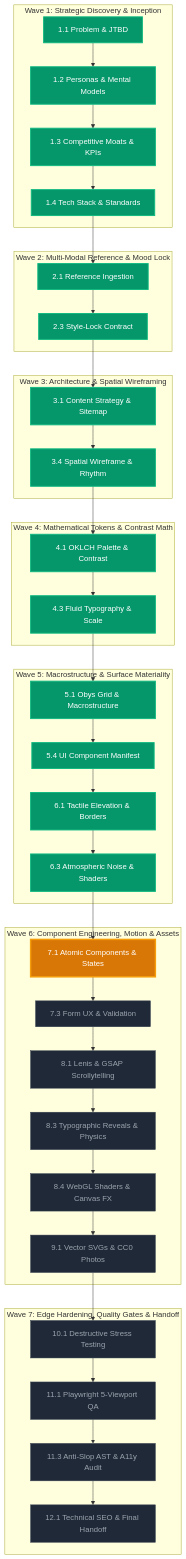
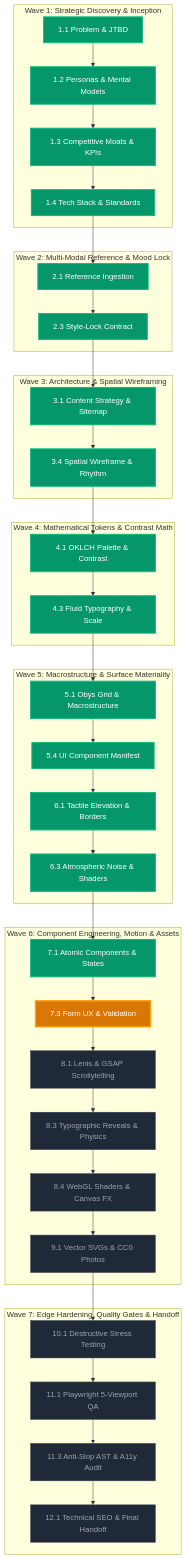
The diagram in docs/DESIGN_MAP.mermaid (atinek-182/Vidya-Dham-Academy), drawn with Mermaid before and after one commit. The commit also changed 10 other files, not shown here.

Commit message:
[PASS] Phase 7.1: Implement atomic components, Emil Kowalski micro-interactions, and spec

````diff
--- a/docs/DESIGN_MAP.mermaid
+++ b/docs/DESIGN_MAP.mermaid
@@ -1,51 +1,51 @@
 ```mermaid
 graph TD
   subgraph WAVE_1 ["Wave 1: Strategic Discovery & Inception"]
     P1_1["1.1 Problem & JTBD"]:::completed --> P1_2["1.2 Personas & Mental Models"]:::completed
     P1_2 --> P1_3["1.3 Competitive Moats & KPIs"]:::completed
     P1_3 --> P1_4["1.4 Tech Stack & Standards"]:::completed
   end
 
   subgraph WAVE_2 ["Wave 2: Multi-Modal Reference & Mood Lock"]
     P2_1["2.1 Reference Ingestion"]:::completed --> P2_3["2.3 Style-Lock Contract"]:::completed
   end
 
   subgraph WAVE_3 ["Wave 3: Architecture & Spatial Wireframing"]
     P3_1["3.1 Content Strategy & Sitemap"]:::completed --> P3_4["3.4 Spatial Wireframe & Rhythm"]:::completed
   end
 
   subgraph WAVE_4 ["Wave 4: Mathematical Tokens & Contrast Math"]
     P4_1["4.1 OKLCH Palette & Contrast"]:::completed --> P4_3["4.3 Fluid Typography & Scale"]:::completed
   end
 
   subgraph WAVE_5 ["Wave 5: Macrostructure & Surface Materiality"]
     P5_1["5.1 Obys Grid & Macrostructure"]:::completed --> P5_4["5.4 UI Component Manifest"]:::completed
     P5_4 --> P6_1["6.1 Tactile Elevation & Borders"]:::completed
     P6_1 --> P6_3["6.3 Atmospheric Noise & Shaders"]:::completed
   end
 
   subgraph WAVE_6 ["Wave 6: Component Engineering, Motion & Assets"]
-    P7_1["7.1 Atomic Components & States"]:::active --> P7_3["7.3 Form UX & Validation"]:::pending
+    P7_1["7.1 Atomic Components & States"]:::completed --> P7_3["7.3 Form UX & Validation"]:::active
     P7_3 --> P8_1["8.1 Lenis & GSAP Scrollytelling"]:::pending
     P8_1 --> P8_3["8.3 Typographic Reveals & Physics"]:::pending
     P8_3 --> P8_4["8.4 WebGL Shaders & Canvas FX"]:::pending
     P8_4 --> P9_1["9.1 Vector SVGs & CC0 Photos"]:::pending
   end
 
   subgraph WAVE_7 ["Wave 7: Edge Hardening, Quality Gates & Handoff"]
     P10_1["10.1 Destructive Stress Testing"]:::pending --> P11_1["11.1 Playwright 5-Viewport QA"]:::pending
     P11_1 --> P11_3["11.3 Anti-Slop AST & A11y Audit"]:::pending
     P11_3 --> P12_1["12.1 Technical SEO & Final Handoff"]:::pending
   end
 
   P1_4 --> P2_1
   P2_3 --> P3_1
   P3_4 --> P4_1
   P4_3 --> P5_1
   P6_3 --> P7_1
   P9_1 --> P10_1
 
   classDef completed fill:#059669,stroke:#10b981,color:#ffffff,stroke-width:2px;
   classDef active fill:#d97706,stroke:#f59e0b,color:#ffffff,stroke-width:3px;
   classDef pending fill:#1f2937,stroke:#374151,color:#9ca3af,stroke-width:1px;
 ```
````
